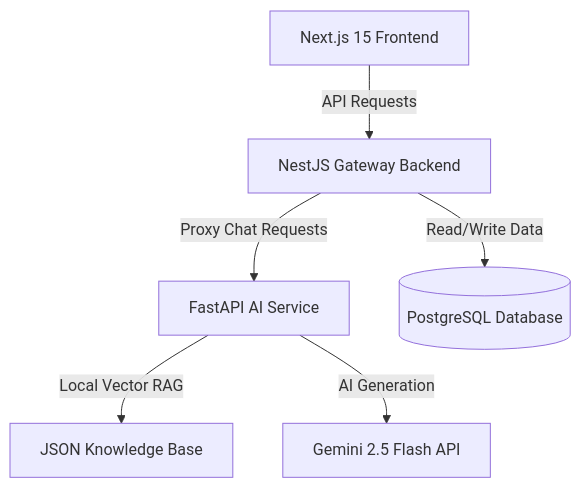
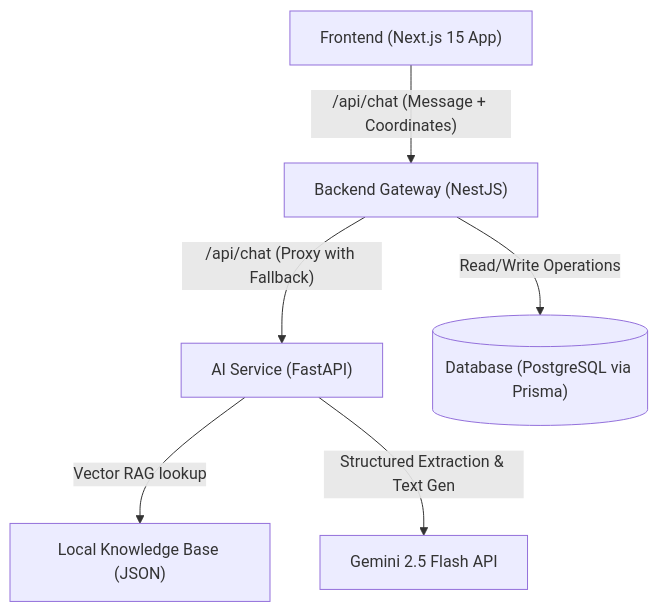
Before and after one commit to eowanurag/Rakku-chatbot-v2: the diagram in README.md, drawn with Mermaid. The commit also changed other lines of this file and 10 other files, not shown here.

Commit message:
feat: implement chat validation service and add frontend page for user interaction

````diff
--- a/README.md
+++ b/README.md
@@ -17,8 +17,8 @@
 ```mermaid
 graph TD
-    A[Next.js 15 Frontend] -- API Requests --> B[NestJS Gateway Backend]
-    B -- Proxy Chat Requests --> C[FastAPI AI Service]
-    B -- Read/Write Data --> D[(PostgreSQL Database)]
-    C -- Local Vector RAG --> E[JSON Knowledge Base]
-    C -- AI Generation --> F[Gemini 2.5 Flash API]
+    A["Frontend (Next.js 15 App)"] -->|"/api/chat (Message + Coordinates)"| B["Backend Gateway (NestJS)"]
+    B -->|"/api/chat (Proxy with Fallback)"| C["AI Service (FastAPI)"]
+    B -->|Read/Write Operations| D[("Database (PostgreSQL via Prisma)")]
+    C -->|"Vector RAG lookup"| E["Local Knowledge Base (JSON)"]
+    C -->|"Structured Extraction & Text Gen"| F["Gemini 2.5 Flash API"]
 ```
````
